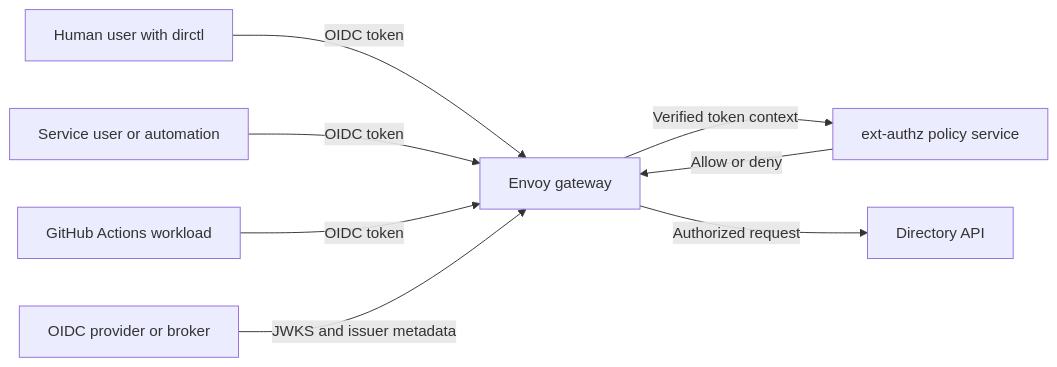
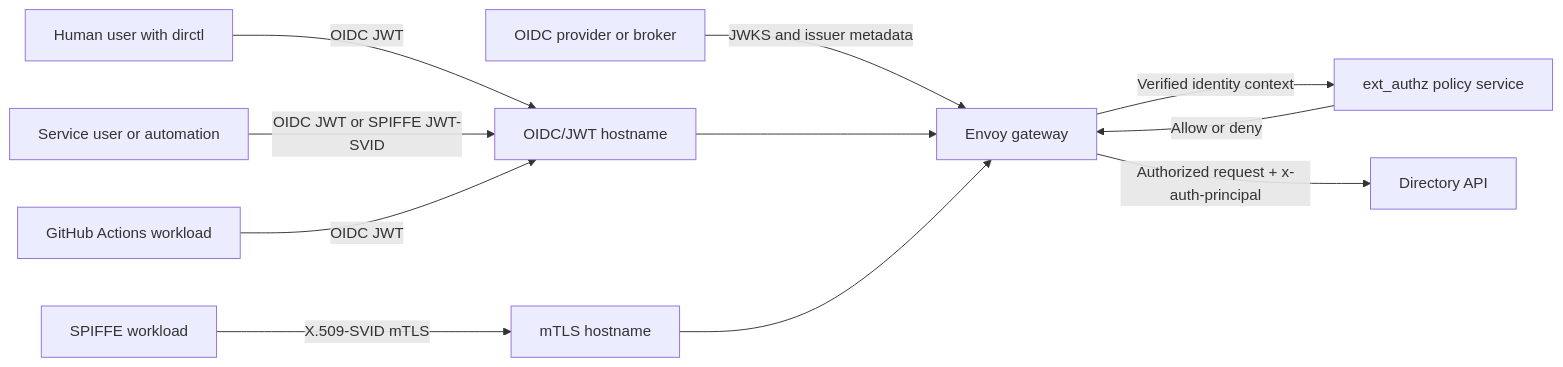
One commit to agntcy/docs changed the diagram in docs/dir/directory-oidc-authentication.md. Above: the diagram before and after it, drawn with Mermaid. The commit also changed other lines of this file and 2 other files, not shown here.

First line of the commit message:
docs(dir/oidc-gateway): update docs (#478)

````diff
--- a/docs/dir/directory-oidc-authentication.md
+++ b/docs/dir/directory-oidc-authentication.md
@@ -47,12 +48,15 @@
 ```mermaid
 flowchart LR
-    humanUser["Human user with dirctl"] -->|"OIDC token"| envoyGateway["Envoy gateway"]
-    serviceUser["Service user or automation"] -->|"OIDC token"| envoyGateway
-    githubActions["GitHub Actions workload"] -->|"OIDC token"| envoyGateway
+    humanUser["Human user with dirctl"] -->|"OIDC JWT"| oidcEndpoint["OIDC/JWT hostname"]
+    serviceUser["Service user or automation"] -->|"OIDC JWT or SPIFFE JWT-SVID"| oidcEndpoint
+    githubActions["GitHub Actions workload"] -->|"OIDC JWT"| oidcEndpoint
+    spiffeWorkload["SPIFFE workload"] -->|"X.509-SVID mTLS"| mtlsEndpoint["mTLS hostname"]
 
-    oidcIdp["OIDC provider or broker"] -->|"JWKS and issuer metadata"| envoyGateway
+    oidcIdp["OIDC provider or broker"] -->|"JWKS and issuer metadata"| envoyGateway["Envoy gateway"]
 
-    envoyGateway -->|"Verified token context"| extAuthz["ext-authz policy service"]
+    oidcEndpoint --> envoyGateway
+    mtlsEndpoint --> envoyGateway
+    envoyGateway -->|"Verified identity context"| extAuthz["ext_authz policy service"]
     extAuthz -->|"Allow or deny"| envoyGateway
-    envoyGateway -->|"Authorized request"| directoryApi["Directory API"]
+    envoyGateway -->|"Authorized request + x-auth-principal"| directoryApi["Directory API"]
 ```
````
